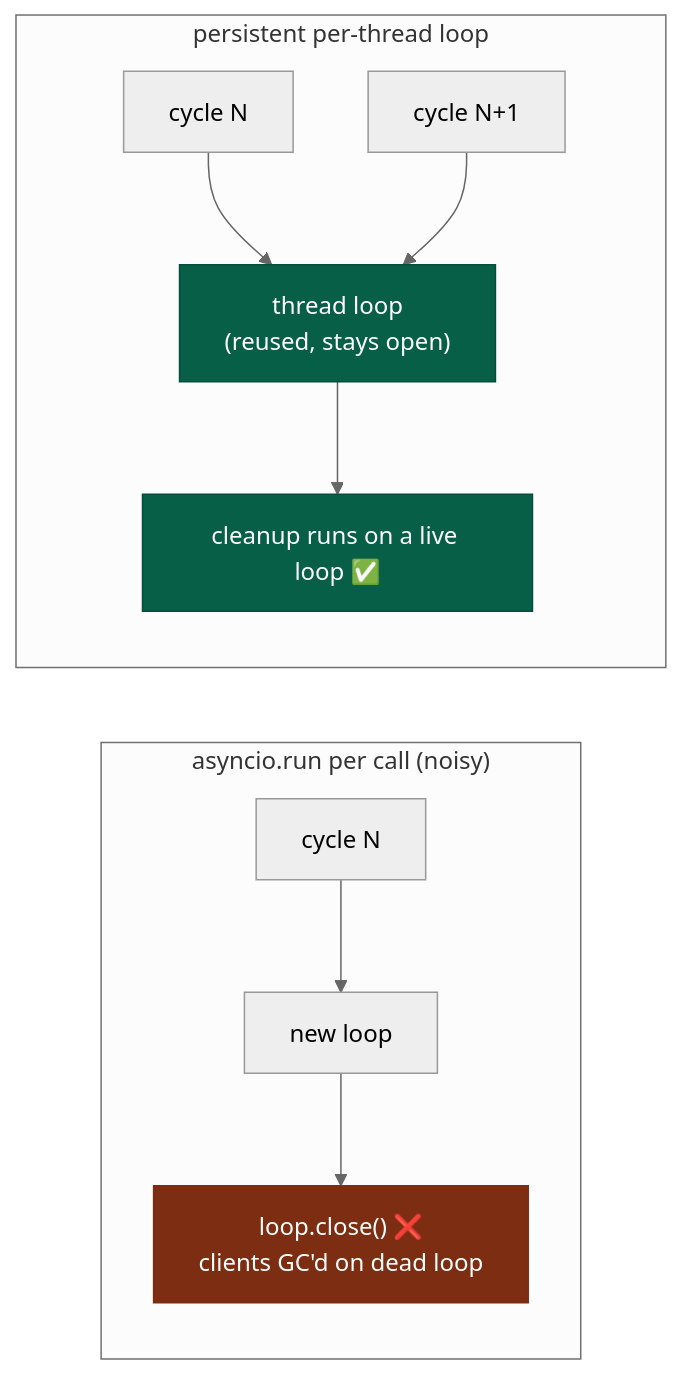
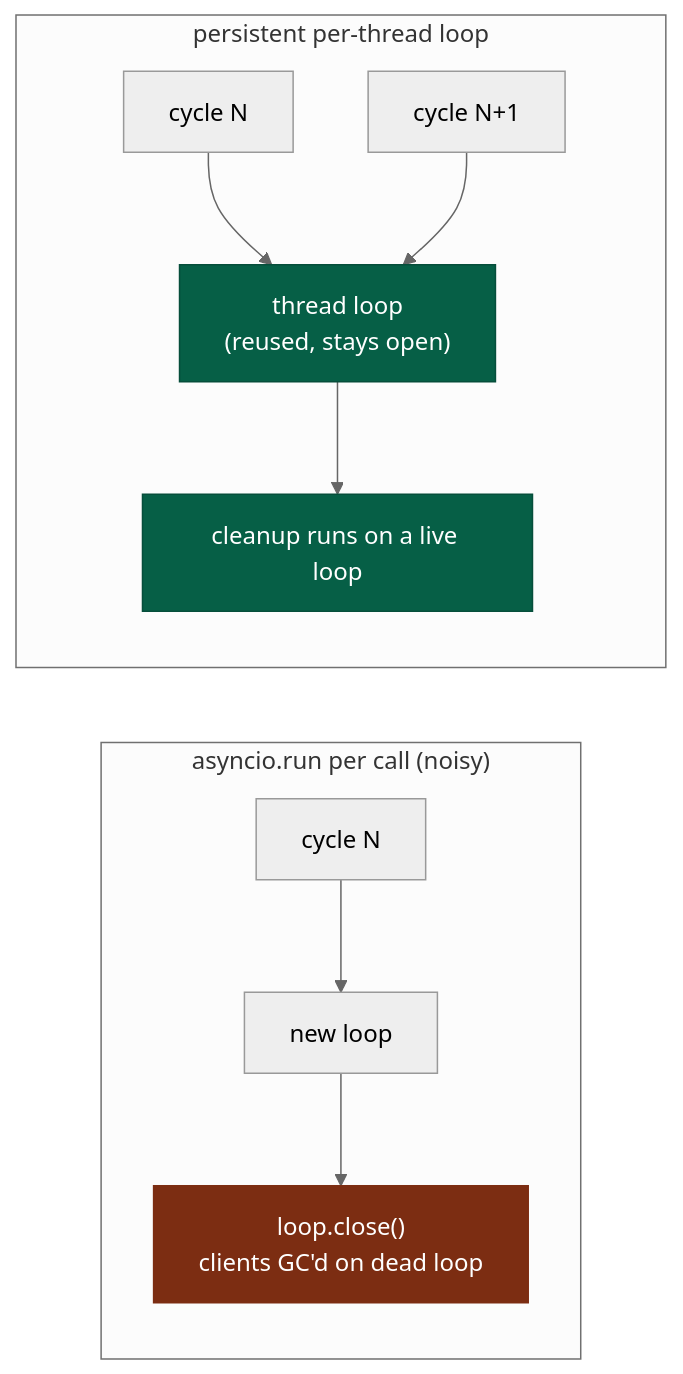
One commit to Jefest1/automated_trading_agents changed the seventh of 7 diagrams in docs/architecture.md. Above: the diagram before and after it, drawn with Mermaid (neutral theme). The commit also changed other lines of this file and 39 other files, not shown here.

````diff
--- a/docs/architecture.md
+++ b/docs/architecture.md
@@ -351,18 +362,18 @@
 ```mermaid
 flowchart LR
     subgraph OLD["asyncio.run per call (noisy)"]
         direction TB
-        C1["cycle N"] --> L1["new loop"] --> X1["loop.close() ❌<br/>clients GC'd on dead loop"]
+        C1["cycle N"] --> L1["new loop"] --> X1["loop.close() <br/>clients GC'd on dead loop"]
     end
     subgraph NEW["persistent per-thread loop"]
         direction TB
         C2["cycle N"] --> L2["thread loop<br/>(reused, stays open)"]
         C3["cycle N+1"] --> L2
-        L2 --> OKK["cleanup runs on a live loop ✅"]
+        L2 --> OKK["cleanup runs on a live loop "]
     end
 
     classDef bad fill:#7c2d12,stroke:#7c2d12,color:#fff;
     classDef ok fill:#065f46,stroke:#064e3b,color:#fff;
     class X1 bad;
     class OKK,L2 ok;
 ```
````
